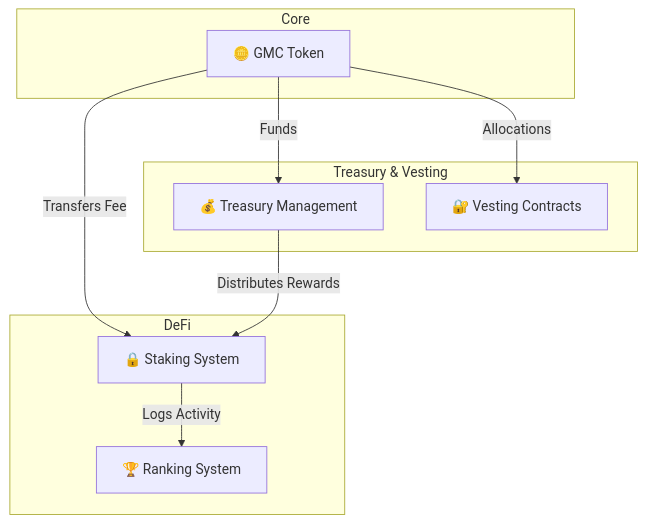
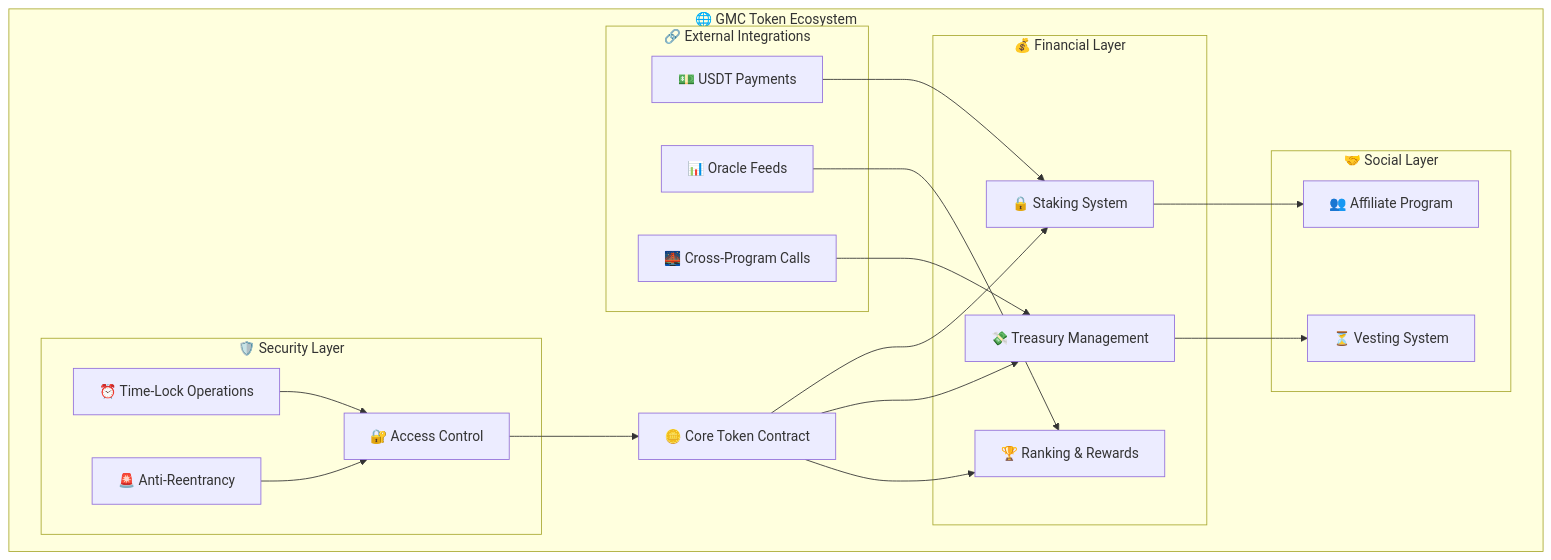
Before and after one commit to goldminingco/GMC-Token: the diagram in README.md, drawn with Mermaid. The commit also changed other lines of this file and 93 other files, not shown here.

````diff
--- a/README.md
+++ b/README.md
@@ -40,22 +94,41 @@
 ```mermaid
 graph TD
-    subgraph Core
-        A[🪙 GMC Token]
+    subgraph "🌐 GMC Token Ecosystem"
+        A[🪙 Core Token Contract]
+        
+        subgraph "💰 Financial Layer"
+            B[🔒 Staking System]
+            C[💸 Treasury Management]
+            D[🏆 Ranking & Rewards]
+        end
+        
+        subgraph "🤝 Social Layer"
+            E[👥 Affiliate Program]
+            F[⏳ Vesting System]
+        end
+        
+        subgraph "🛡️ Security Layer"
+            G[🔐 Access Control]
+            H[⏰ Time-Lock Operations]
+            I[🚨 Anti-Reentrancy]
+        end
+        
+        subgraph "🔗 External Integrations"
+            J[💵 USDT Payments]
+            K[📊 Oracle Feeds]
+            L[🌉 Cross-Program Calls]
+        end
     end
     
-    subgraph DeFi
-        B[🔒 Staking System]
-        E[🏆 Ranking System]
-    end
-    
-    subgraph Treasury & Vesting
-        C[💰 Treasury Management]
-        D[🔐 Vesting Contracts]
-    end
-
-    A -->|"Transfers Fee"| B
-    A -->|"Funds"| C
-    A -->|"Allocations"| D
-    B -->|"Logs Activity"| E
-    C -->|"Distributes Rewards"| B
+    A --> B
+    A --> C
+    A --> D
+    B --> E
+    C --> F
+    G --> A
+    H --> G
+    I --> G
+    J --> B
+    K --> D
+    L --> C
 ```
````
